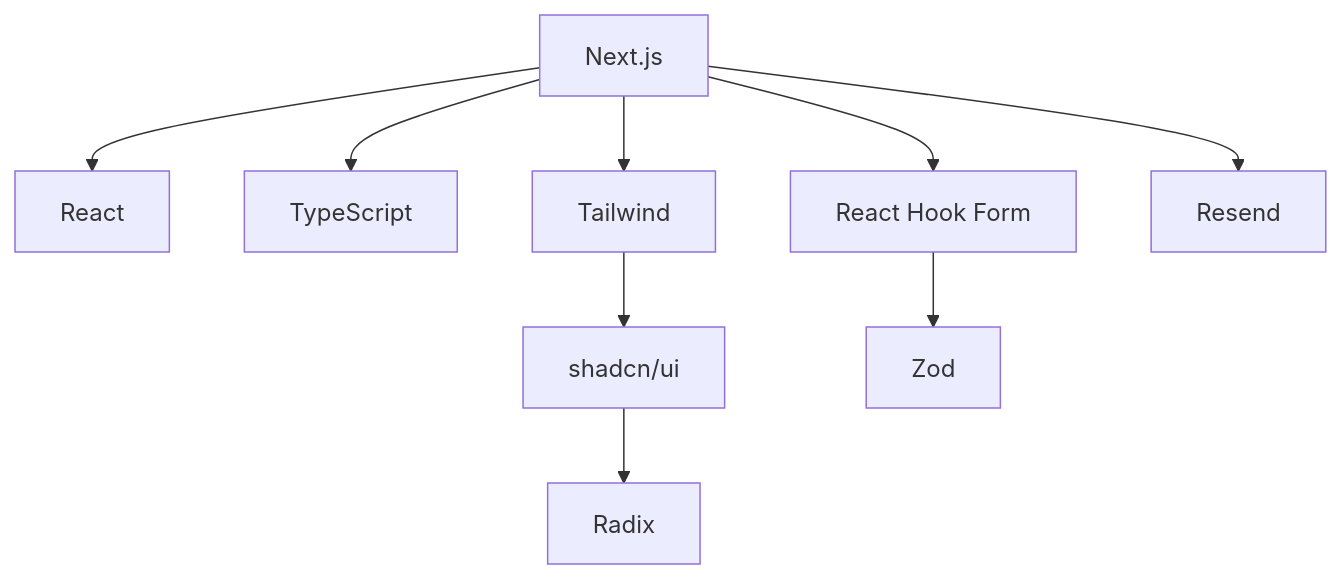
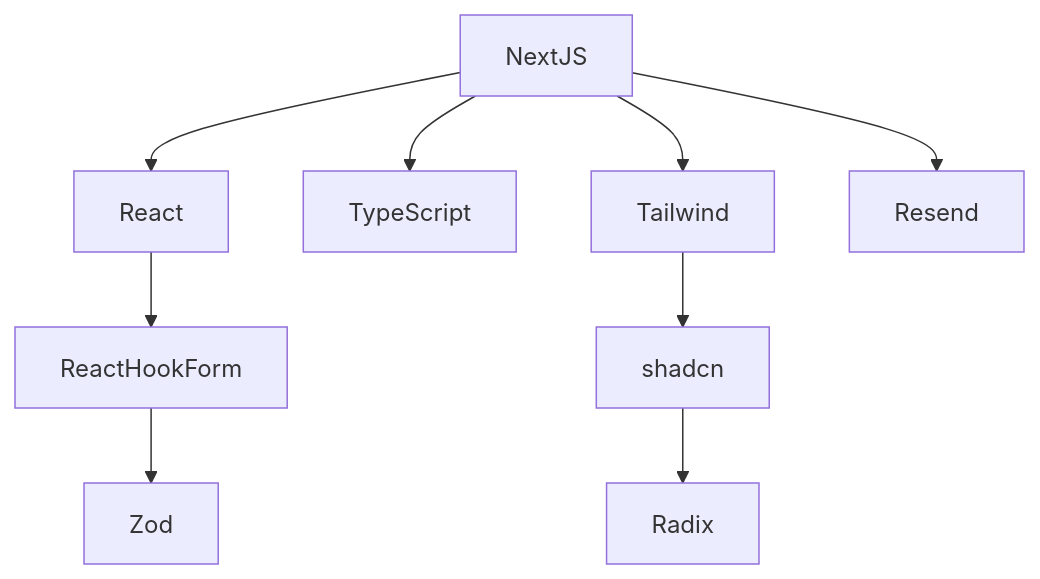
Before and after one commit to gitsoufiane/soufianechaoufi: the diagram in memory-bank/techContext.md, drawn with Mermaid. The commit also changed other lines of this file and 5 other files, not shown here.

````diff
--- a/memory-bank/techContext.md
+++ b/memory-bank/techContext.md
@@ -19,11 +32,11 @@
 ```mermaid
 flowchart TD
-    A[Next.js] --> B[React]
-    A --> C[TypeScript]
-    A --> D[Tailwind]
-    D --> E[shadcn/ui]
-    E --> F[Radix]
-    A --> G[React Hook Form]
-    G --> H[Zod]
-    A --> I[Resend]
+    NextJS --> React
+    NextJS --> TypeScript
+    NextJS --> Tailwind
+    Tailwind --> shadcn
+    shadcn --> Radix
+    React --> ReactHookForm
+    ReactHookForm --> Zod
+    NextJS --> Resend
 ```
````
